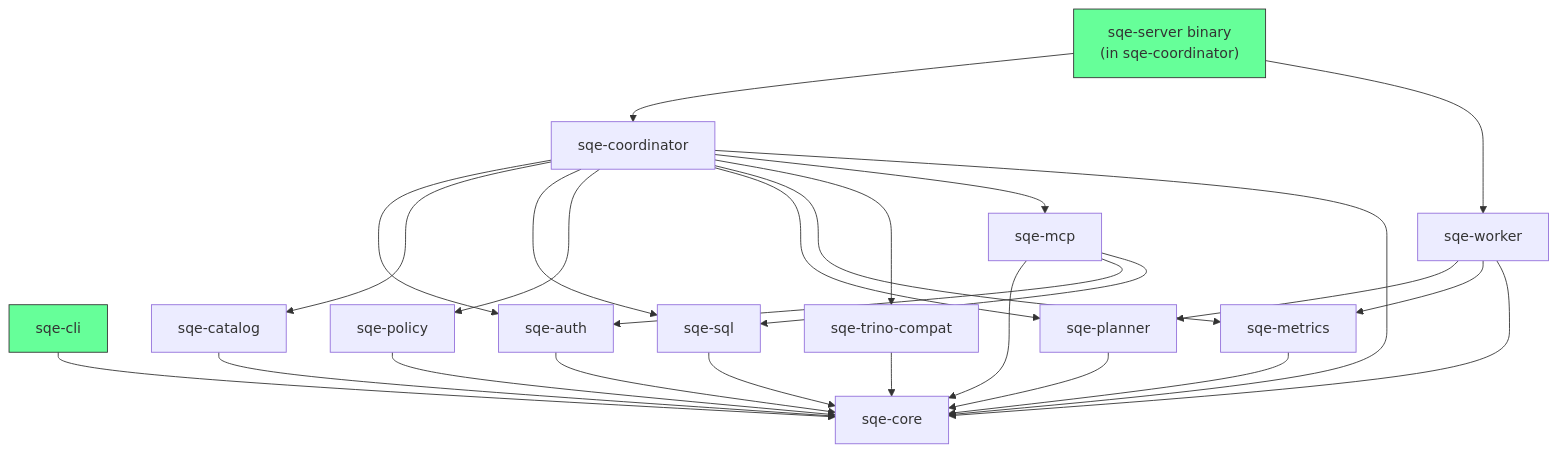
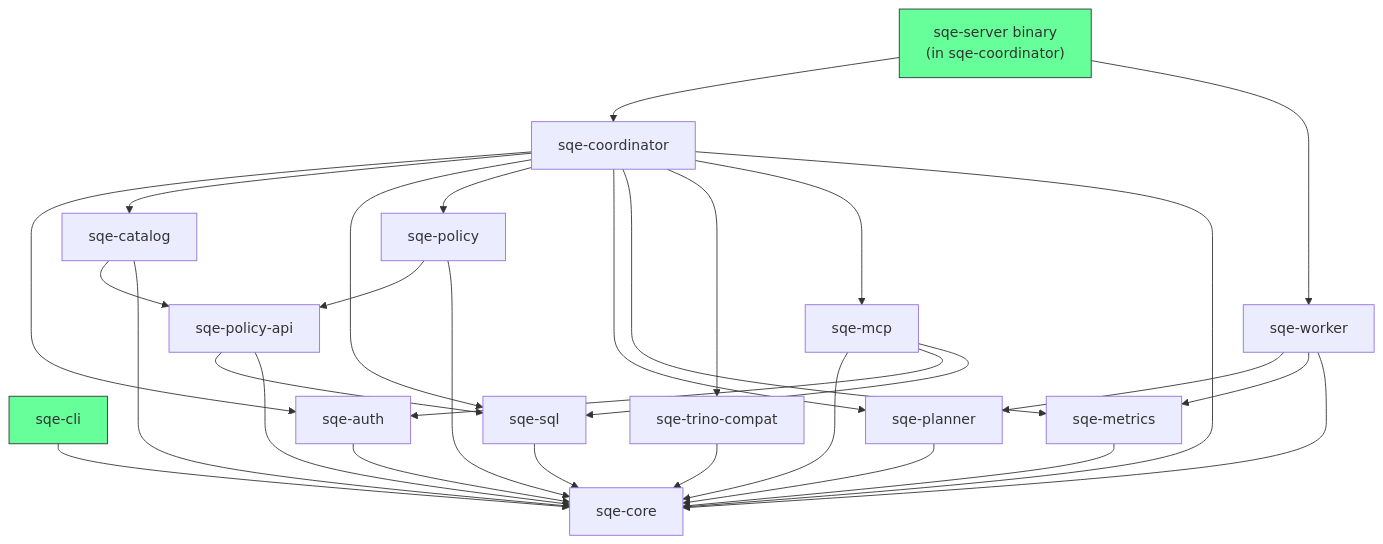
The diagram in docs/site/book/src/development/crates.md (schubergphilis/sqe), drawn with Mermaid before and after one commit. The commit also changed other lines of this file and 16 other files, not shown here.

````diff
--- a/docs/site/book/src/development/crates.md
+++ b/docs/site/book/src/development/crates.md
@@ -7,38 +7,42 @@
 ```mermaid
 graph TB
     SERVER["sqe-server binary<br/>(in sqe-coordinator)"]
     CLI["sqe-cli"]
 
     SERVER --> COORD["sqe-coordinator"]
     SERVER --> WORKER["sqe-worker"]
 
     COORD --> AUTH["sqe-auth"]
     COORD --> CAT["sqe-catalog"]
     COORD --> SQL["sqe-sql"]
     COORD --> POLICY["sqe-policy"]
     COORD --> PLANNER["sqe-planner"]
     COORD --> METRICS["sqe-metrics"]
     COORD --> TRINO["sqe-trino-compat"]
     COORD --> MCP["sqe-mcp"]
     COORD --> CORE["sqe-core"]
 
     WORKER --> PLANNER
     WORKER --> METRICS
     WORKER --> CORE
 
     AUTH --> CORE
+    CAT --> POLICYAPI["sqe-policy-api"]
     CAT --> CORE
     SQL --> CORE
+    POLICY --> POLICYAPI
     POLICY --> CORE
+    POLICYAPI --> SQL
+    POLICYAPI --> CORE
     PLANNER --> CORE
     METRICS --> CORE
     TRINO --> CORE
     MCP --> CORE
     MCP --> AUTH
     MCP --> SQL
 
     CLI --> CORE
 
     style SERVER fill:#6f9,stroke:#333
     style CLI fill:#6f9,stroke:#333
 ```
````
